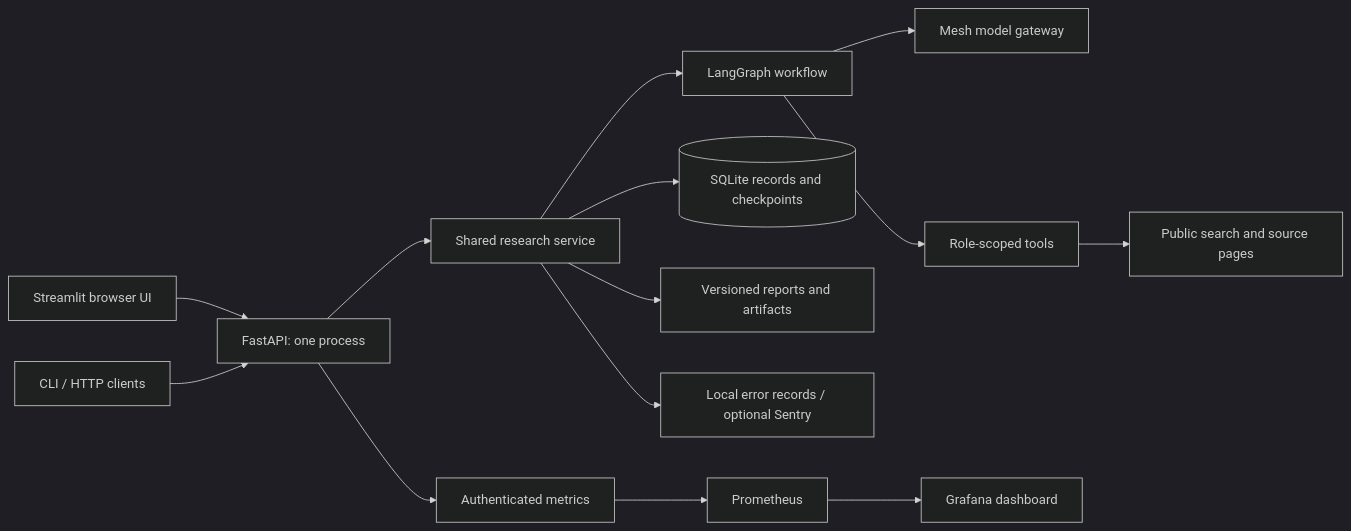
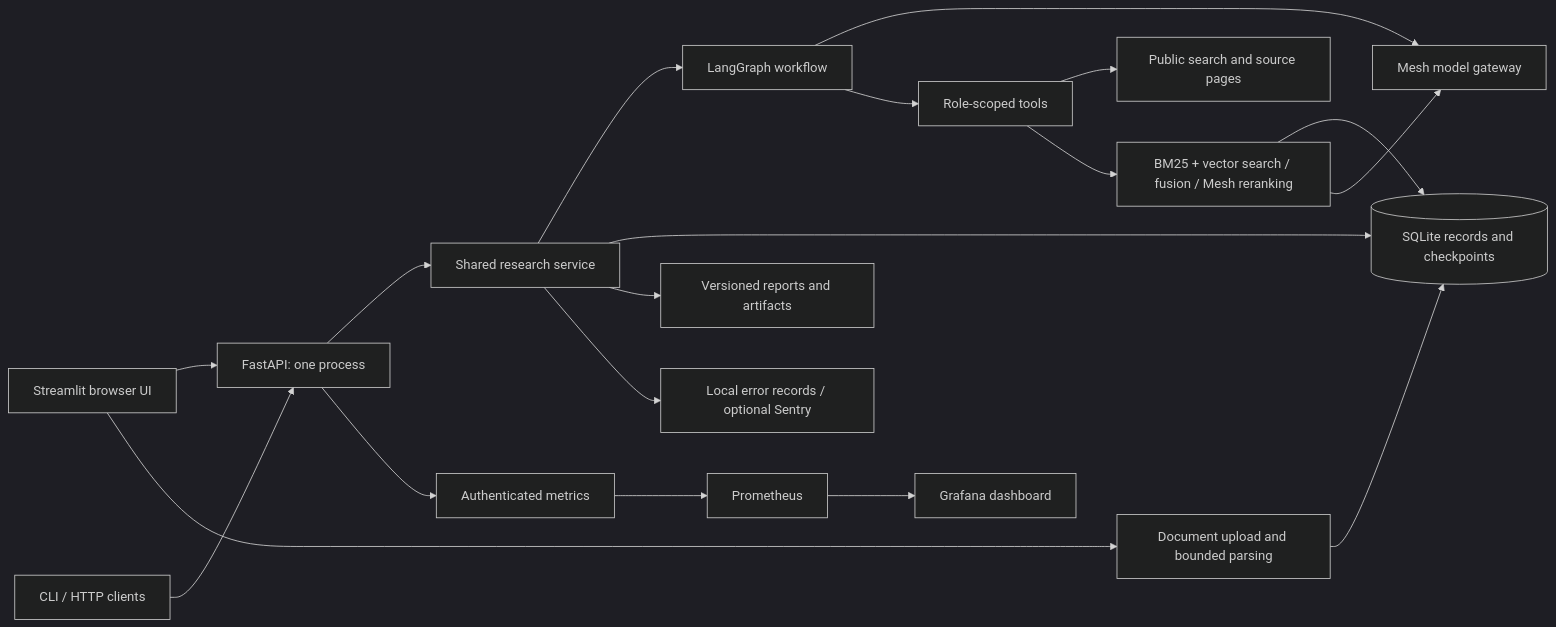
One commit to Ben-cod1ng/DeepDive changed the first of 3 diagrams in README.md. Above: the diagram before and after it, drawn with Mermaid (dark theme). The commit also changed other lines of this file and 37 other files, not shown here.

Commit message:
Add document RAG with Mesh embeddings and hybrid retrieval

````diff
--- a/README.md
+++ b/README.md
@@ -22,16 +23,21 @@
 ```mermaid
 flowchart LR
     UI[Streamlit browser UI] --> API[FastAPI: one process]
     CLI[CLI / HTTP clients] --> API
     API --> Service[Shared research service]
     Service --> Graph[LangGraph workflow]
     Graph --> Mesh[Mesh model gateway]
     Graph --> Tools[Role-scoped tools]
     Tools --> Web[Public search and source pages]
+    UI --> Upload[Document upload and bounded parsing]
+    Upload --> DB
+    Tools --> RAG[BM25 + vector search / fusion / Mesh reranking]
+    RAG --> DB
+    RAG --> Mesh
     Service --> DB[(SQLite records and checkpoints)]
     Service --> Files[Versioned reports and artifacts]
     API --> Metrics[Authenticated metrics]
     Metrics --> Prom[Prometheus]
     Prom --> Grafana[Grafana dashboard]
     Service --> Errors[Local error records / optional Sentry]
 ```
````
